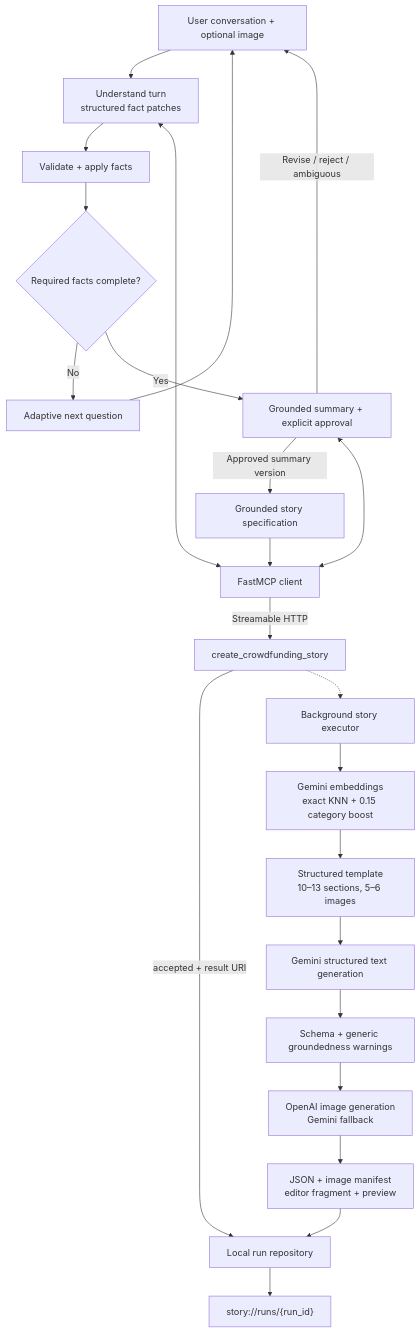
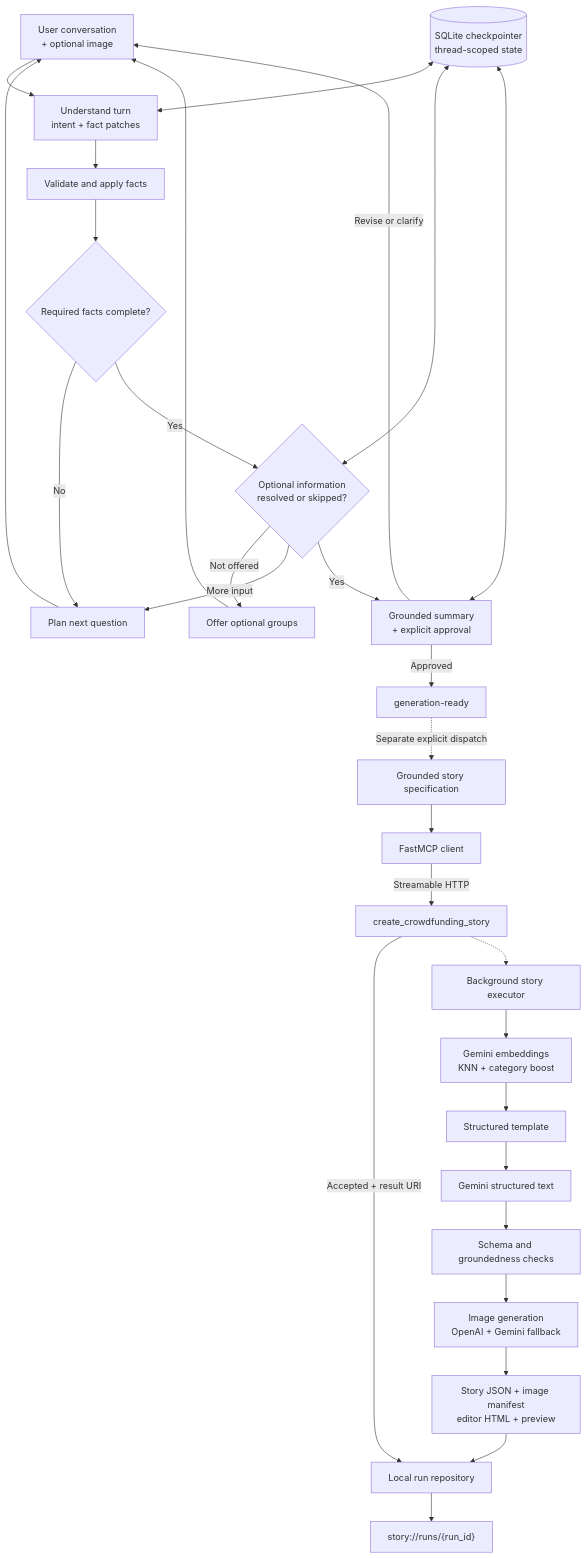
Before and after one commit to KT-Cloud-Tech-Up-team6/funding-story-ai: the diagram in README.md, drawn with Mermaid. The commit also changed other lines of this file and 27 other files, not shown here.

````diff
--- a/README.md
+++ b/README.md
@@ -172,28 +158,35 @@
 ```mermaid
 flowchart TB
-    U["User conversation + optional image"] --> X["Understand turn<br/>structured fact patches"]
-    X --> F["Validate + apply facts"]
+    U["User conversation<br/>+ optional image"] --> X["Understand turn<br/>intent + fact patches"]
+    X --> F["Validate and apply facts"]
     F --> Q{"Required facts complete?"}
-    Q -->|No| N["Adaptive next question"]
+    Q -->|No| N["Plan next question"]
     N --> U
-    Q -->|Yes| A["Grounded summary + explicit approval"]
-    A -->|Revise / reject / ambiguous| U
-    A -->|Approved summary version| B["Grounded story specification"]
-    C[("SQLite checkpointer<br/>thread-scoped state")]
-    C <--> X
-    C <--> A
+    Q -->|Yes| O{"Optional information<br/>resolved or skipped?"}
+    O -->|Not offered| L["Offer optional groups"]
+    O -->|More input| N
+    L --> U
+    O -->|Yes| A["Grounded summary<br/>+ explicit approval"]
+    A -->|Revise or clarify| U
+    A -->|Approved| R["generation-ready"]
 
-    B --> C["FastMCP client"]
-    C -->|"Streamable HTTP"| M["create_crowdfunding_story"]
-    M -->|"accepted + result URI"| S["Local run repository"]
+    CP[("SQLite checkpointer<br/>thread-scoped state")]
+    CP <--> X
+    CP <--> O
+    CP <--> A
+
+    R -.->|"Separate explicit dispatch"| B["Grounded story specification"]
+    B --> MC["FastMCP client"]
+    MC -->|"Streamable HTTP"| M["create_crowdfunding_story"]
+    M -->|"Accepted + result URI"| S["Local run repository"]
     M -.-> E["Background story executor"]
 
-    E --> K["Gemini embeddings<br/>exact KNN + 0.15 category boost"]
-    K --> T["Structured template<br/>10–13 sections, 5–6 images"]
-    T --> G["Gemini structured text generation"]
-    G --> V["Schema + generic groundedness warnings"]
-    V --> I["OpenAI image generation<br/>Gemini fallback"]
-    I --> H["JSON + image manifest<br/>editor fragment + preview"]
+    E --> K["Gemini embeddings<br/>KNN + category boost"]
+    K --> T["Structured template"]
+    T --> G["Gemini structured text"]
+    G --> V["Schema and groundedness checks"]
+    V --> I["Image generation<br/>OpenAI + Gemini fallback"]
+    I --> H["Story JSON + image manifest<br/>editor HTML + preview"]
     H --> S
-    S --> R["story://runs/{run_id}"]
+    S --> Z["story://runs/{run_id}"]
 ```
````
